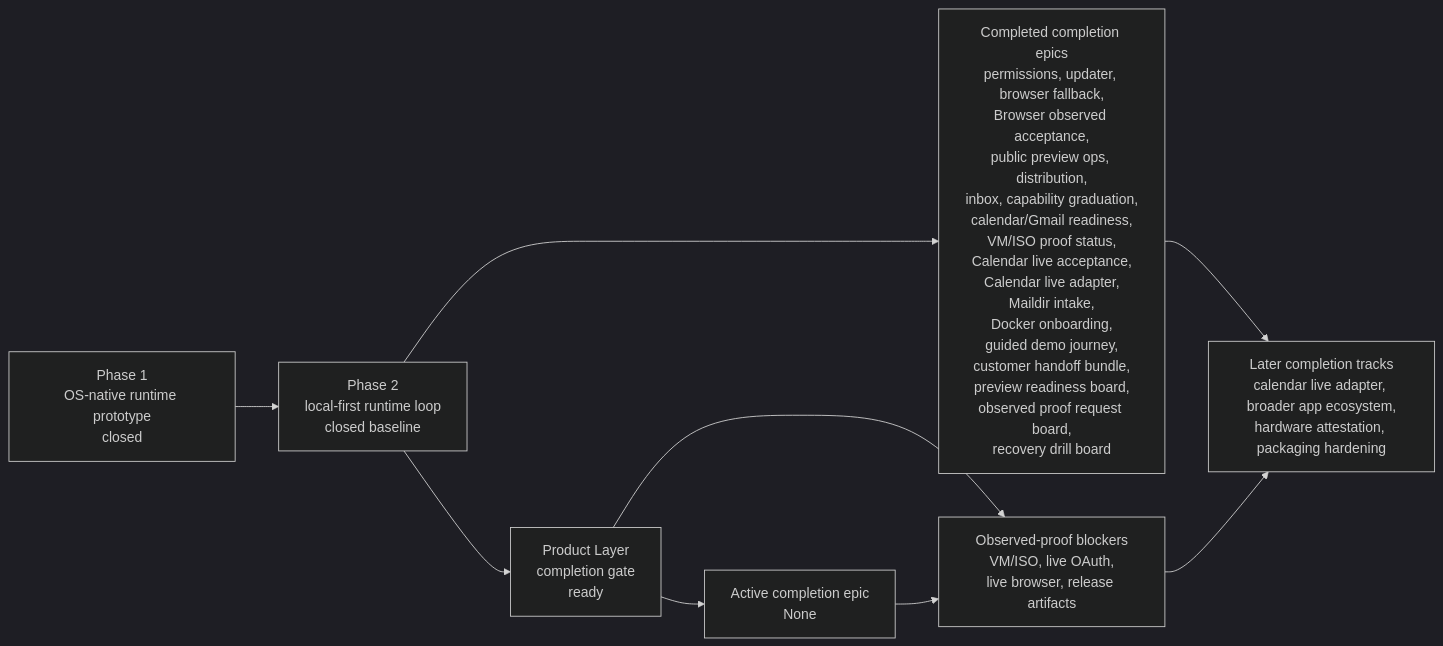
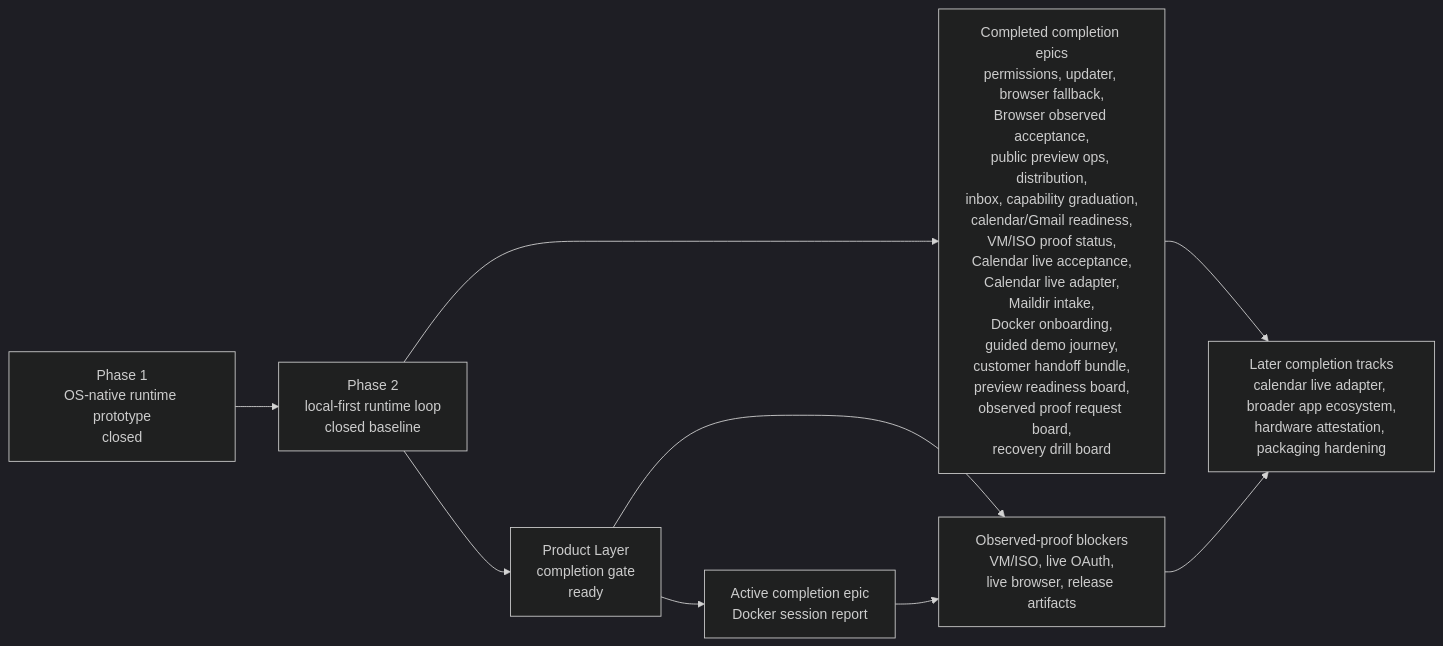
One commit to Jongtae/agentos changed the diagram in README.md. Above: the diagram before and after it, drawn with Mermaid (dark theme). The commit also changed other lines of this file and 10 other files, not shown here.

Commit message:
Add Docker session report

````diff
--- a/README.md
+++ b/README.md
@@ -179,17 +179,17 @@
 ```mermaid
 flowchart LR
   phase1["Phase 1\nOS-native runtime prototype\nclosed"]
   phase2["Phase 2\nlocal-first runtime loop\nclosed baseline"]
   ready["Product Layer\ncompletion gate\nready"]
-  active["Active completion epic\nNone"]
+  active["Active completion epic\nDocker session report"]
   completed["Completed completion epics\npermissions, updater, browser fallback,\nBrowser observed acceptance,\npublic preview ops, distribution,\ninbox, capability graduation,\ncalendar/Gmail readiness,\nVM/ISO proof status,\nCalendar live acceptance,\nCalendar live adapter,\nMaildir intake,\nDocker onboarding,\nguided demo journey,\ncustomer handoff bundle,\npreview readiness board,\nobserved proof request board,\nrecovery drill board"]
   blocked["Observed-proof blockers\nVM/ISO, live OAuth,\nlive browser, release artifacts"]
   future["Later completion tracks\ncalendar live adapter, broader app ecosystem,\nhardware attestation, packaging hardening"]
 
   phase1 --> phase2 --> ready --> active
   phase2 --> completed
   ready --> blocked
   active --> blocked
   completed --> future
   blocked --> future
 ```
````
